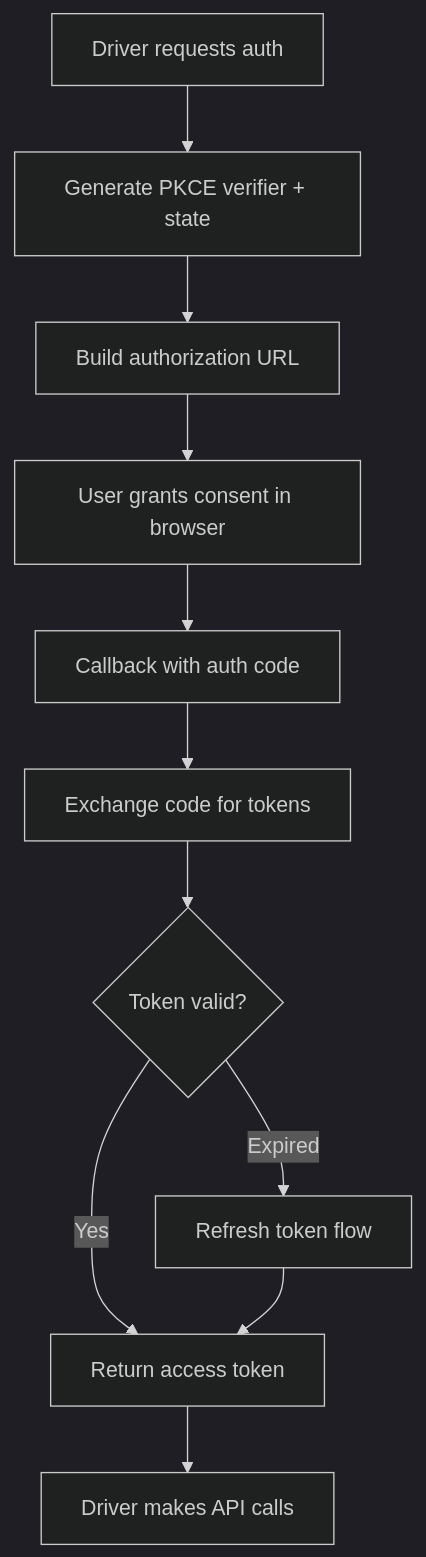
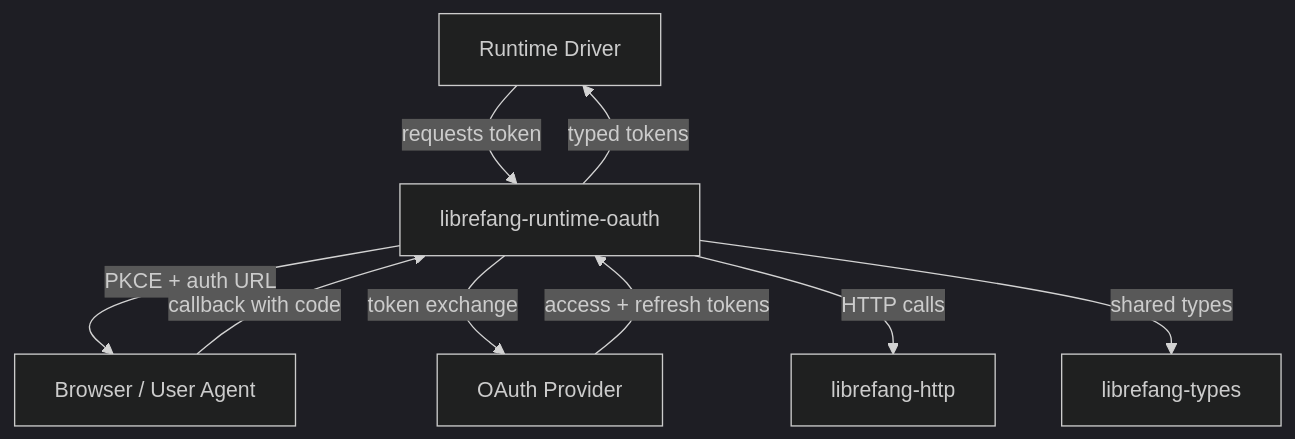
The diagram in other-librefang-runtime-oauth.md (leszek3737/librefang-WIki), drawn with Mermaid (dark theme) before and after one commit. The commit also changed other lines of this file and 120 other files, not shown here.

````diff
--- a/other-librefang-runtime-oauth.md
+++ b/other-librefang-runtime-oauth.md
@@ -36,13 +28,11 @@
 ```mermaid
-flowchart TD
-    A[Driver requests auth] --> B[Generate PKCE verifier + state]
-    B --> C[Build authorization URL]
-    C --> D[User grants consent in browser]
-    D --> E[Callback with auth code]
-    E --> F[Exchange code for tokens]
-    F --> G{Token valid?}
-    G -- Yes --> H[Return access token]
-    G -- Expired --> I[Refresh token flow]
-    I --> H
-    H --> J[Driver makes API calls]
+graph TD
+    A[Runtime Driver] -->|requests token| B[librefang-runtime-oauth]
+    B -->|PKCE + auth URL| C[Browser / User Agent]
+    C -->|callback with code| B
+    B -->|token exchange| D[OAuth Provider]
+    D -->|access + refresh tokens| B
+    B -->|typed tokens| A
+    B -->|HTTP calls| E[librefang-http]
+    B -->|shared types| F[librefang-types]
 ```
````
